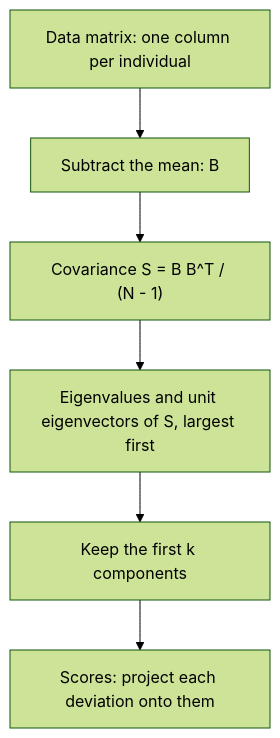
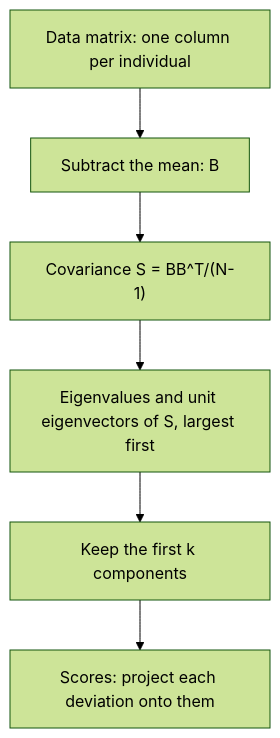
The diagram in content/math/linear-algebra/lessons/92-principal-components.md (Aziliz/erudior), drawn with Mermaid (forest theme) before and after one commit. The commit also changed 1 other file, not shown here.

Commit message:
Review round 2: linear algebra la-m6 fixes (and reviews in progress)
Claude-Session: https://claude.ai/code/session_01Vha5gaRe2GdnFaiy9xNAq5

````diff
--- a/content/math/linear-algebra/lessons/92-principal-components.md
+++ b/content/math/linear-algebra/lessons/92-principal-components.md
@@ -69,10 +69,10 @@
 ```mermaid
 flowchart TD
   accTitle: Steps of principal component analysis
   accDescr: Arrange the data with one column per individual. Subtract the mean of the columns to get the mean-deviation matrix B. Form the covariance matrix S equal to B B transpose over N minus 1, or take the SVD of B directly. Find the eigenvalues and unit eigenvectors of S, largest first. Keep the first k components, enough to explain most of the total variance. Compute each individual's scores by projecting its deviation onto those components.
   A["Data matrix: one column per individual"] --> B["Subtract the mean: B"]
-  B --> C["Covariance S = B B^T / (N - 1)"]
+  B --> C["Covariance S = BB^T/(N-1)"]
   C --> D["Eigenvalues and unit eigenvectors of S, largest first"]
   D --> E["Keep the first k components"]
   E --> F["Scores: project each deviation onto them"]
 ```
````
